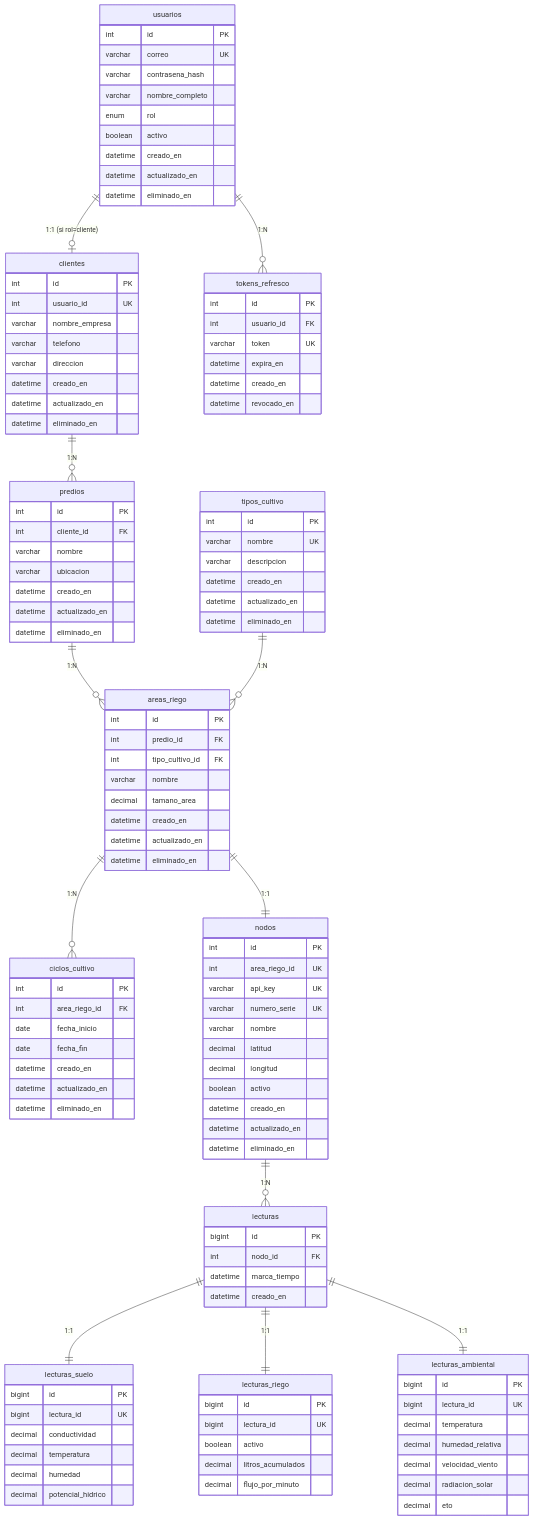
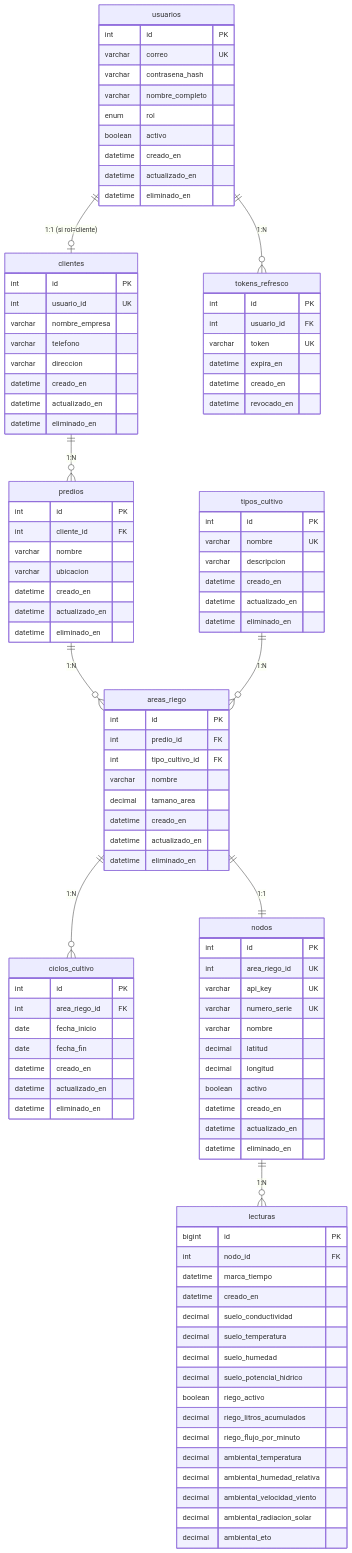
Before and after one commit to Alanzphy/IoT_Sensors: the diagram in .agent/agente_base_de_datos.md, drawn with Mermaid. The commit also changed other lines of this file and 17 other files, not shown here.

Commit message:
refactor: flatten database schema for sensor readings and optimize queries

````diff
--- a/.agent/agente_base_de_datos.md
+++ b/.agent/agente_base_de_datos.md
@@ -486,9 +416,6 @@
     areas_riego ||--o{ ciclos_cultivo : "1:N"
     areas_riego ||--|| nodos : "1:1"
     nodos ||--o{ lecturas : "1:N"
-    lecturas ||--|| lecturas_suelo : "1:1"
-    lecturas ||--|| lecturas_riego : "1:1"
-    lecturas ||--|| lecturas_ambiental : "1:1"
 
     usuarios {
         int id PK
@@ -581,32 +508,17 @@
         int nodo_id FK
         datetime marca_tiempo
         datetime creado_en
-    }
-
-    lecturas_suelo {
-        bigint id PK
-        bigint lectura_id UK
-        decimal conductividad
-        decimal temperatura
-        decimal humedad
-        decimal potencial_hidrico
-    }
-
-    lecturas_riego {
-        bigint id PK
-        bigint lectura_id UK
-        boolean activo
-        decimal litros_acumulados
-        decimal flujo_por_minuto
-    }
-
-    lecturas_ambiental {
-        bigint id PK
-        bigint lectura_id UK
-        decimal temperatura
-        decimal humedad_relativa
-        decimal velocidad_viento
-        decimal radiacion_solar
-        decimal eto
+        decimal suelo_conductividad
+        decimal suelo_temperatura
+        decimal suelo_humedad
+        decimal suelo_potencial_hidrico
+        boolean riego_activo
+        decimal riego_litros_acumulados
+        decimal riego_flujo_por_minuto
+        decimal ambiental_temperatura
+        decimal ambiental_humedad_relativa
+        decimal ambiental_velocidad_viento
+        decimal ambiental_radiacion_solar
+        decimal ambiental_eto
     }
 ```
````
